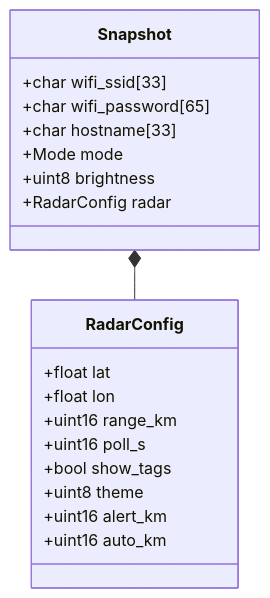
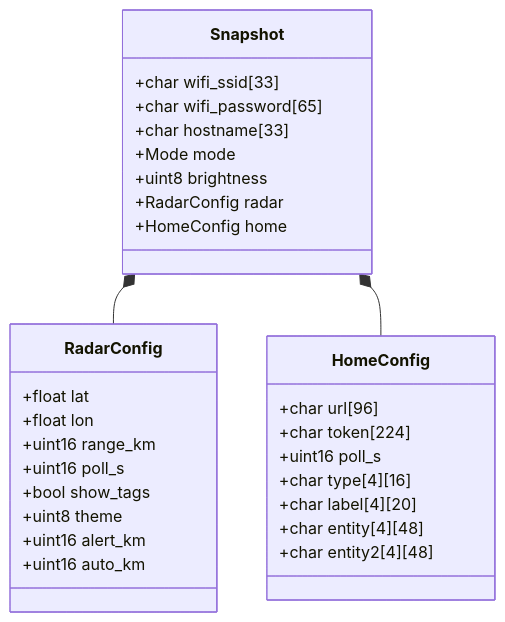
Before and after one commit to Krasnov777/esp32-sky-gauge: the third of 8 diagrams in ARCHITECTURE.md, drawn with Mermaid. The commit also changed other lines of this file and 11 other files, not shown here.

First line of the commit message:
Add Home Assistant mode (entity tiles via REST), mirroring the Frame project

````diff
--- a/ARCHITECTURE.md
+++ b/ARCHITECTURE.md
@@ -191,22 +197,33 @@
 ```mermaid
 classDiagram
   class Snapshot {
     +char wifi_ssid[33]
     +char wifi_password[65]
     +char hostname[33]
     +Mode mode
     +uint8 brightness
     +RadarConfig radar
+    +HomeConfig home
   }
   class RadarConfig {
     +float lat
     +float lon
     +uint16 range_km
     +uint16 poll_s
     +bool show_tags
     +uint8 theme
     +uint16 alert_km
     +uint16 auto_km
   }
+  class HomeConfig {
+    +char url[96]
+    +char token[224]
+    +uint16 poll_s
+    +char type[4][16]
+    +char label[4][20]
+    +char entity[4][48]
+    +char entity2[4][48]
+  }
   Snapshot *-- RadarConfig
+  Snapshot *-- HomeConfig
 ```
````
